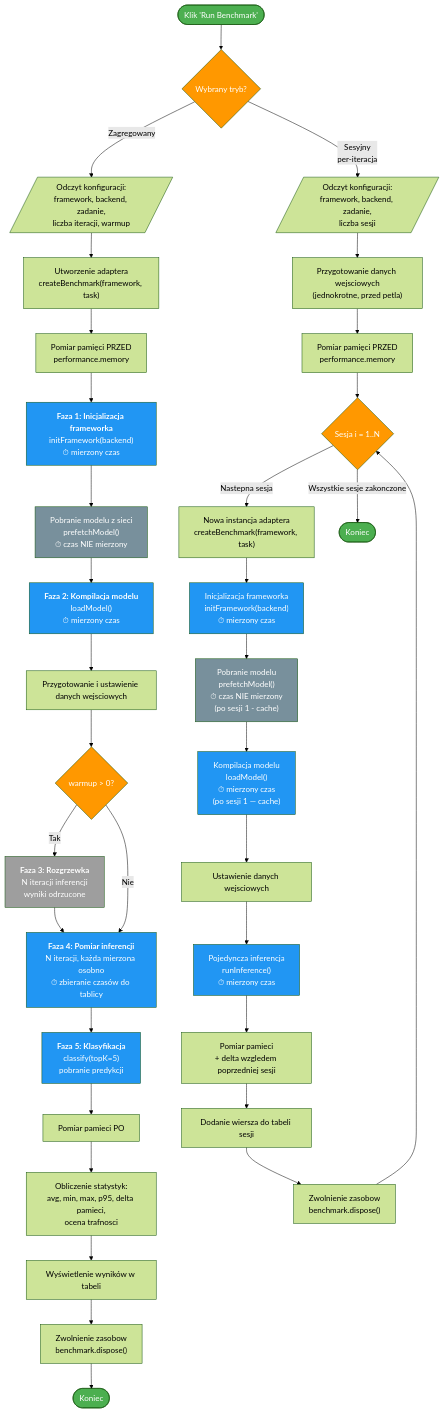
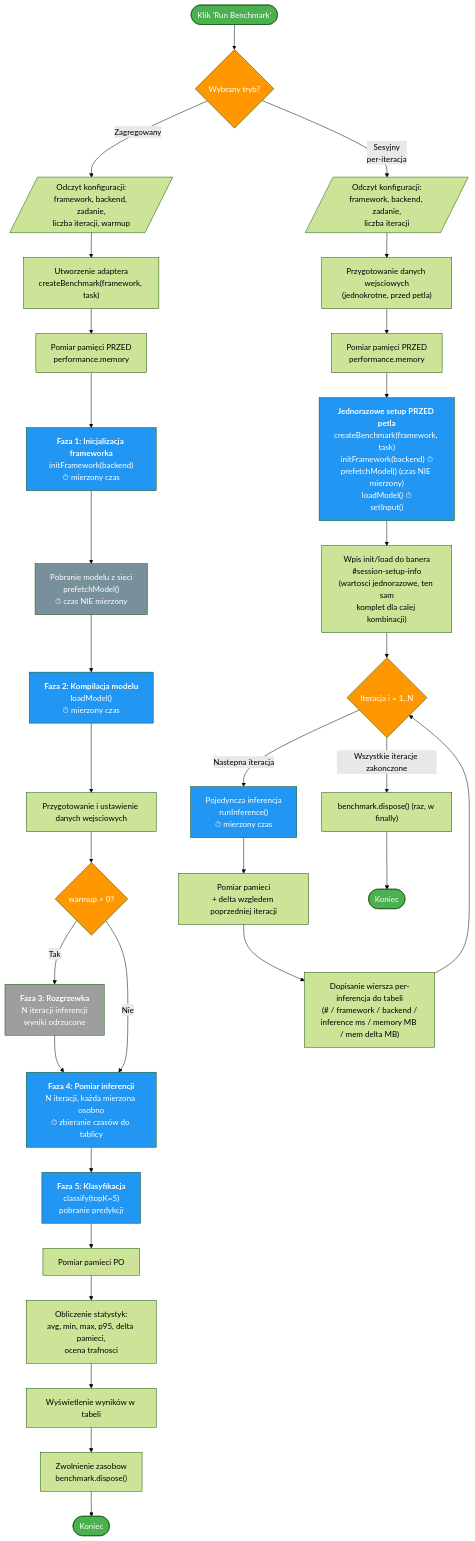
Before and after one commit to amalolepszy/local-models-benchmark: the first of 2 diagrams in docs/benchmark-flow.md, drawn with Mermaid (forest theme). The commit also changed other lines of this file and 16 other files, not shown here.

Commit message:
Fix litert session mode for WASM

````diff
--- a/docs/benchmark-flow.md
+++ b/docs/benchmark-flow.md
@@ -15,61 +15,61 @@
 ```mermaid
 flowchart TD
     Start([Klik 'Run Benchmark']) --> ModeCheck{Wybrany tryb?}
 
     %% ===== TRYB ZAGREGOWANY =====
     ModeCheck -->|Zagregowany| A_Config[/Odczyt konfiguracji:<br/>framework, backend, zadanie,<br/>liczba iteracji, warmup/]
     A_Config --> A_Create["Utworzenie adaptera<br/>createBenchmark(framework, task)"]
     A_Create --> A_MemBefore["Pomiar pamięci PRZED<br/>performance.memory"]
     A_MemBefore --> A_Init["<b>Faza 1: Inicjalizacja frameworka</b><br/>initFramework(backend)<br/>⏱ mierzony czas"]
     A_Init --> A_Prefetch["Pobranie modelu z sieci<br/>prefetchModel()<br/>⏱ czas NIE mierzony"]
     A_Prefetch --> A_Load["<b>Faza 2: Kompilacja modelu</b><br/>loadModel()<br/>⏱ mierzony czas"]
     A_Load --> A_Input["Przygotowanie i ustawienie danych wejsciowych"]
     A_Input --> A_WarmupCheck{warmup > 0?}
     A_WarmupCheck -->|Tak| A_Warmup["<b>Faza 3: Rozgrzewka</b><br/>N iteracji inferencji<br/>wyniki odrzucone"]
     A_Warmup --> A_Infer
     A_WarmupCheck -->|Nie| A_Infer
     A_Infer["<b>Faza 4: Pomiar inferencji</b><br/>N iteracji, każda mierzona osobno<br/>⏱ zbieranie czasów do tablicy"]
     A_Infer --> A_Classify["<b>Faza 5: Klasyfikacja</b><br/>classify(topK=5)<br/>pobranie predykcji"]
     A_Classify --> A_MemAfter["Pomiar pamieci PO"]
     A_MemAfter --> A_Stats["Obliczenie statystyk:<br/>avg, min, max, p95, delta pamieci,<br/>ocena trafnosci"]
     A_Stats --> A_Display["Wyświetlenie wyników w tabeli"]
     A_Display --> A_Dispose["Zwolnienie zasobow<br/>benchmark.dispose()"]
     A_Dispose --> A_End([Koniec])
 
     %% ===== TRYB SESYJNY =====
-    ModeCheck -->|Sesyjny<br/>per-iteracja| S_Config[/Odczyt konfiguracji:<br/>framework, backend, zadanie,<br/>liczba sesji/]
+    %% Setup (createBenchmark + init + prefetch + load + setInput) wykonywany
+    %% jest JEDNOKROTNIE przed petla — petla zawiera wylacznie inferencje
+    %% + pomiar pamieci + dopisanie wiersza. Dzieki temu petla sesyjna ma
+    %% identyczny ksztalt co petla aggregate, a per-row dane sa naprawde
+    %% per-inferencja.
+    ModeCheck -->|Sesyjny<br/>per-iteracja| S_Config[/Odczyt konfiguracji:<br/>framework, backend, zadanie,<br/>liczba iteracji/]
     S_Config --> S_Input["Przygotowanie danych wejsciowych<br/>(jednokrotne, przed petla)"]
     S_Input --> S_MemInit["Pomiar pamięci PRZED<br/>performance.memory"]
-    S_MemInit --> S_Loop{"Sesja i = 1..N"}
+    S_MemInit --> S_Setup["<b>Jednorazowe setup PRZED petla</b><br/>createBenchmark(framework, task)<br/>initFramework(backend) ⏱<br/>prefetchModel() (czas NIE mierzony)<br/>loadModel() ⏱<br/>setInput()"]
+    S_Setup --> S_Banner["Wpis init/load do banera<br/>#session-setup-info<br/>(wartosci jednorazowe, ten sam<br/>komplet dla calej kombinacji)"]
+    S_Banner --> S_Loop{"Iteracja i = 1..N"}
 
-    S_Loop -->|Nastepna sesja| S_Create["Nowa instancja adaptera<br/>createBenchmark(framework, task)"]
-    S_Create --> S_Init["Inicjalizacja frameworka<br/>initFramework(backend)<br/>⏱ mierzony czas"]
-    S_Init --> S_Prefetch["Pobranie modelu<br/>prefetchModel()<br/>⏱ czas NIE mierzony<br/>(po sesji 1 - cache)"]
-    S_Prefetch --> S_Load["Kompilacja modelu<br/>loadModel()<br/>⏱ mierzony czas<br/>(po sesji 1 — cache)"]
-    S_Load --> S_SetInput["Ustawienie danych wejsciowych"]
-    S_SetInput --> S_Infer["Pojedyncza inferencja<br/>runInference()<br/>⏱ mierzony czas"]
-    S_Infer --> S_Mem["Pomiar pamieci<br/>+ delta wzgledem poprzedniej sesji"]
-    S_Mem --> S_Row["Dodanie wiersza do tabeli sesji"]
-    S_Row --> S_Dispose["Zwolnienie zasobow<br/>benchmark.dispose()"]
-    S_Dispose --> S_Loop
+    S_Loop -->|Nastepna iteracja| S_Infer["Pojedyncza inferencja<br/>runInference()<br/>⏱ mierzony czas"]
+    S_Infer --> S_Mem["Pomiar pamieci<br/>+ delta wzgledem poprzedniej iteracji"]
+    S_Mem --> S_Row["Dopisanie wiersza per-inferencja do tabeli<br/>(# / framework / backend /<br/>inference ms / memory MB / mem delta MB)"]
+    S_Row --> S_Loop
 
-    S_Loop -->|Wszystkie sesje zakonczone| S_End([Koniec])
+    S_Loop -->|Wszystkie iteracje zakonczone| S_Dispose["benchmark.dispose() (raz, w finally)"]
+    S_Dispose --> S_End([Koniec])
 
     %% ===== STYL =====
     style Start fill:#4CAF50,color:#fff
     style A_End fill:#4CAF50,color:#fff
     style S_End fill:#4CAF50,color:#fff
     style ModeCheck fill:#FF9800,color:#fff
     style A_WarmupCheck fill:#FF9800,color:#fff
     style S_Loop fill:#FF9800,color:#fff
     style A_Init fill:#2196F3,color:#fff
     style A_Load fill:#2196F3,color:#fff
     style A_Warmup fill:#9E9E9E,color:#fff
     style A_Infer fill:#2196F3,color:#fff
     style A_Classify fill:#2196F3,color:#fff
-    style S_Init fill:#2196F3,color:#fff
-    style S_Load fill:#2196F3,color:#fff
+    style S_Setup fill:#2196F3,color:#fff
     style S_Infer fill:#2196F3,color:#fff
     style A_Prefetch fill:#78909C,color:#fff
-    style S_Prefetch fill:#78909C,color:#fff
 ```
````
